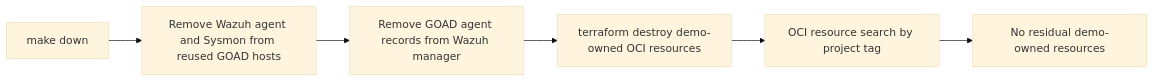
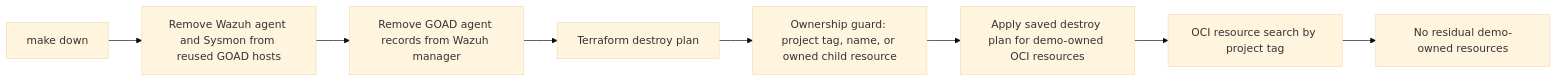
One commit to adibirzu/OCI-Wazuh changed the eighth of 8 diagrams in docs/wiki/WAZUH_LOG_ANALYTICS_ARCHITECTURE.md. Above: the diagram before and after it, drawn with Mermaid (base theme). The commit also changed 16 other files, not shown here.

Commit message:
feat: guard demo teardown and dashboard validation

````diff
--- a/docs/wiki/WAZUH_LOG_ANALYTICS_ARCHITECTURE.md
+++ b/docs/wiki/WAZUH_LOG_ANALYTICS_ARCHITECTURE.md
@@ -136,8 +136,10 @@
 ```mermaid
 flowchart LR
   Start[make down] --> GOADCleanup[Remove Wazuh agent and Sysmon from reused GOAD hosts]
   GOADCleanup --> ManagerCleanup[Remove GOAD agent records from Wazuh manager]
-  ManagerCleanup --> TerraformDestroy[terraform destroy demo-owned OCI resources]
+  ManagerCleanup --> Plan[Terraform destroy plan]
+  Plan --> Guard[Ownership guard: project tag, name, or owned child resource]
+  Guard --> TerraformDestroy[Apply saved destroy plan for demo-owned OCI resources]
   TerraformDestroy --> Search[OCI resource search by project tag]
   Search --> Empty[No residual demo-owned resources]
 ```
````
